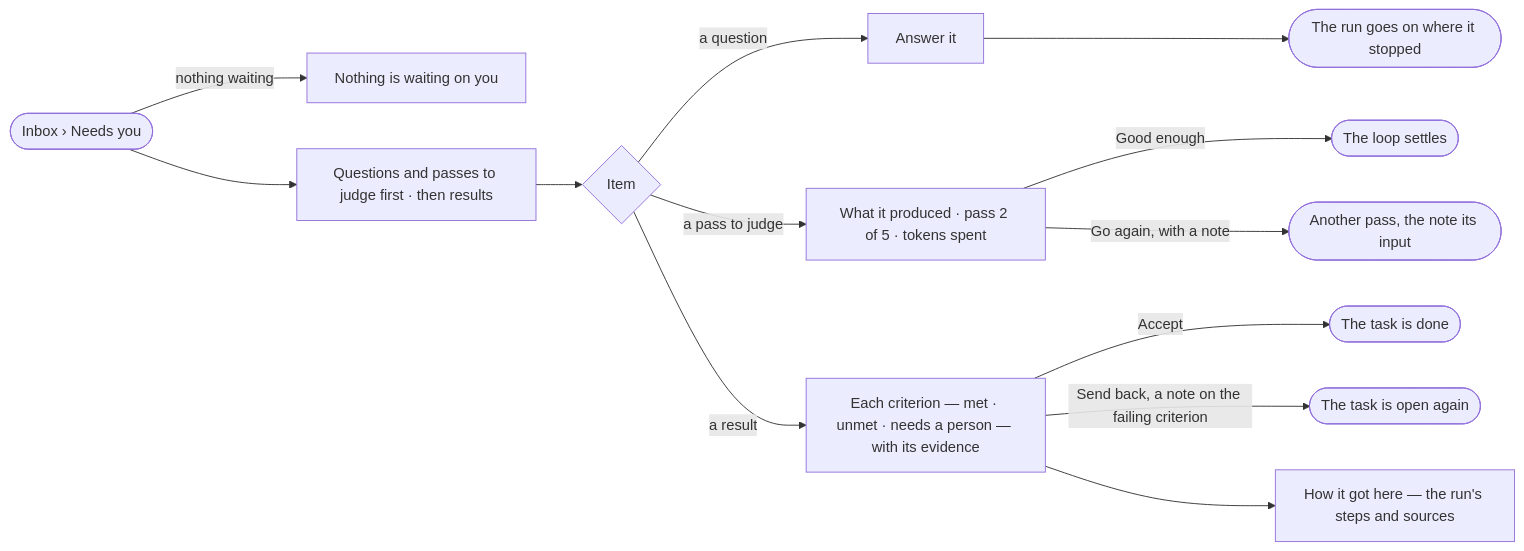
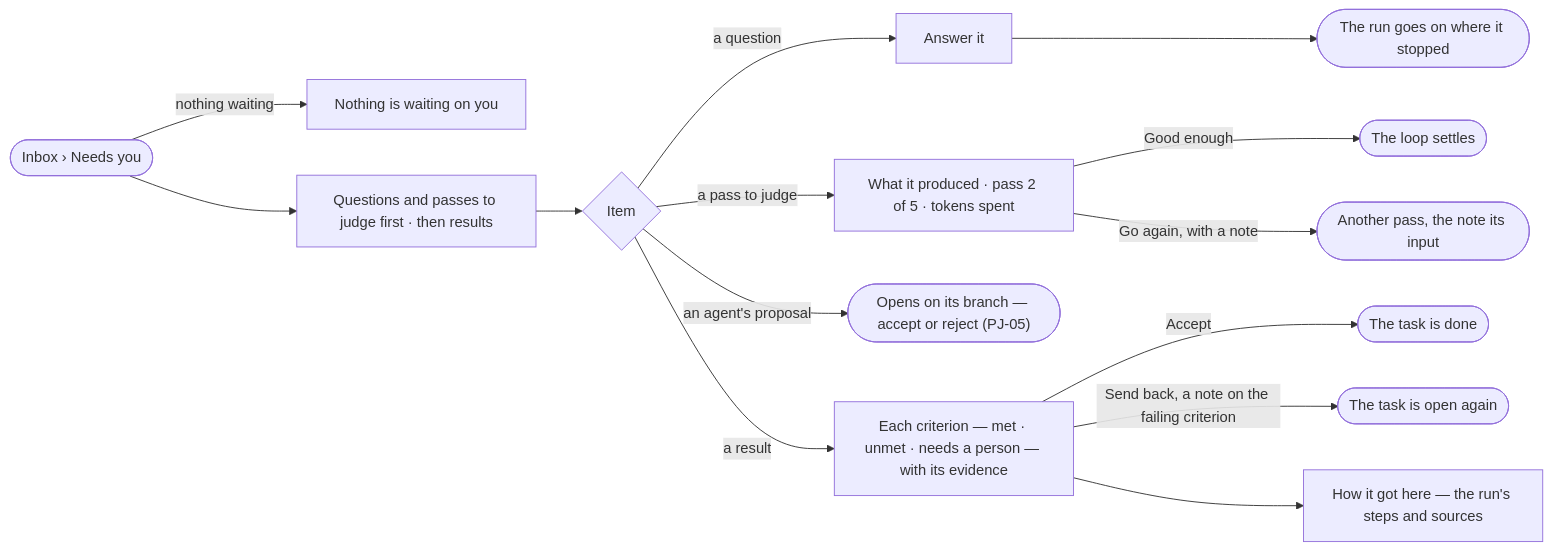
One commit to invana/invana changed the diagram in specs/capabilities/projects/features/PJ-F02-objectives-and-review/stories/PJ-17-decide-what-waits-on-me/story.md. Above: the diagram before and after it, drawn with Mermaid. The commit also changed other lines of this file and 637 other files, not shown here.

````diff
--- a/specs/capabilities/projects/features/PJ-F02-objectives-and-review/stories/PJ-17-decide-what-waits-on-me/story.md
+++ b/specs/capabilities/projects/features/PJ-F02-objectives-and-review/stories/PJ-17-decide-what-waits-on-me/story.md
@@ -27,14 +27,15 @@
 ```mermaid
 flowchart LR
   s([Inbox › Needs you]) -->|nothing waiting| e["Nothing is waiting on you"]
   s --> q["Questions and passes to judge first · then results"]
   q --> k{"Item"}
   k -->|a question| a["Answer it"] --> go(["The run goes on where it stopped"])
   k -->|a pass to judge| p["What it produced · pass 2 of 5 · tokens spent"]
   p -->|Good enough| st(["The loop settles"])
   p -->|Go again, with a note| ag(["Another pass, the note its input"])
+  k -->|an agent's proposal| pr(["Opens on its branch — accept or reject (PJ-05)"])
   k -->|a result| r["Each criterion — met · unmet · needs a person — with its evidence"]
   r -->|Accept| d(["The task is done"])
   r -->|Send back, a note on the failing criterion| b(["The task is open again"])
   r --> how["How it got here — the run's steps and sources"]
 ```
````
